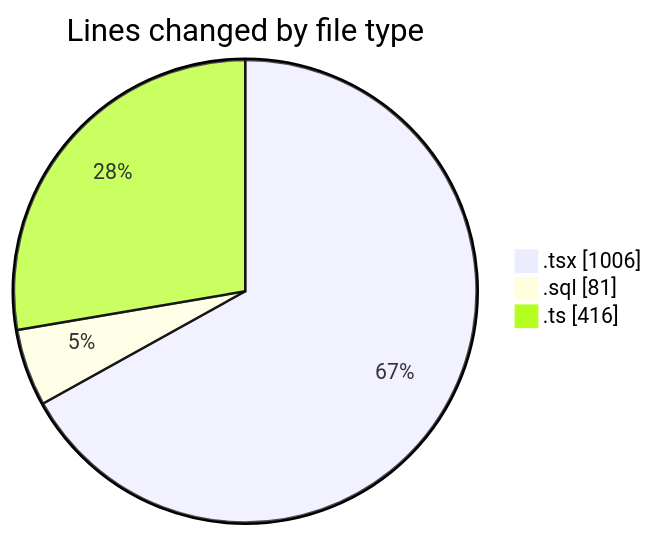
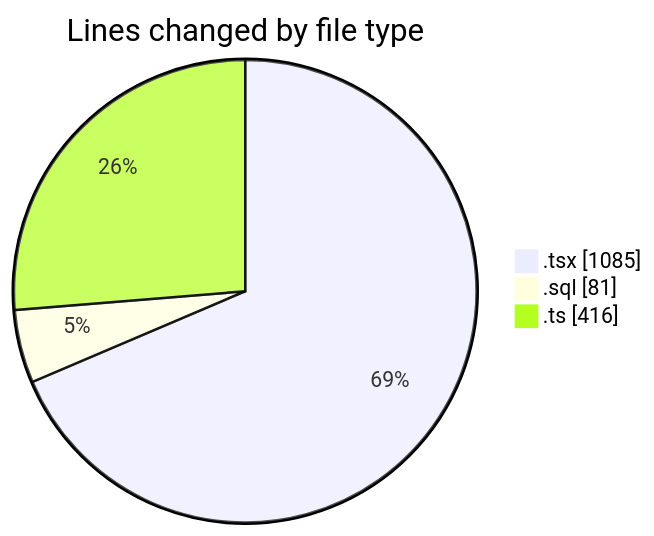
The first of 2 diagrams in 2025-09-09/hiai-phf/README.md (lephambinh05/code-tracking), drawn with Mermaid before and after one commit. The commit also changed other lines of this file and 1 other file, not shown here.

````diff
--- a/2025-09-09/hiai-phf/README.md
+++ b/2025-09-09/hiai-phf/README.md
@@ -36,7 +36,7 @@
 ```mermaid
 pie showData
 title Lines changed by file type
-".tsx" : 1006
+".tsx" : 1085
 ".sql" : 81
 ".ts" : 416
 ```
````
